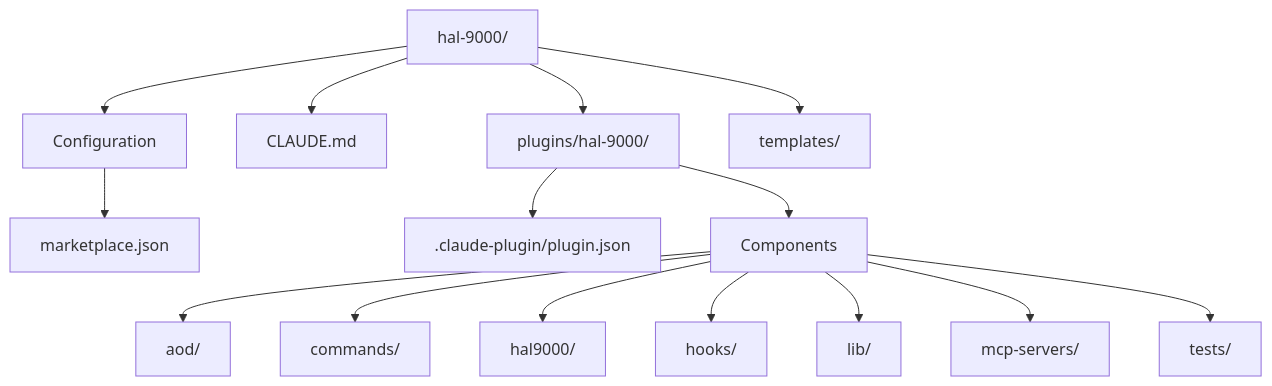
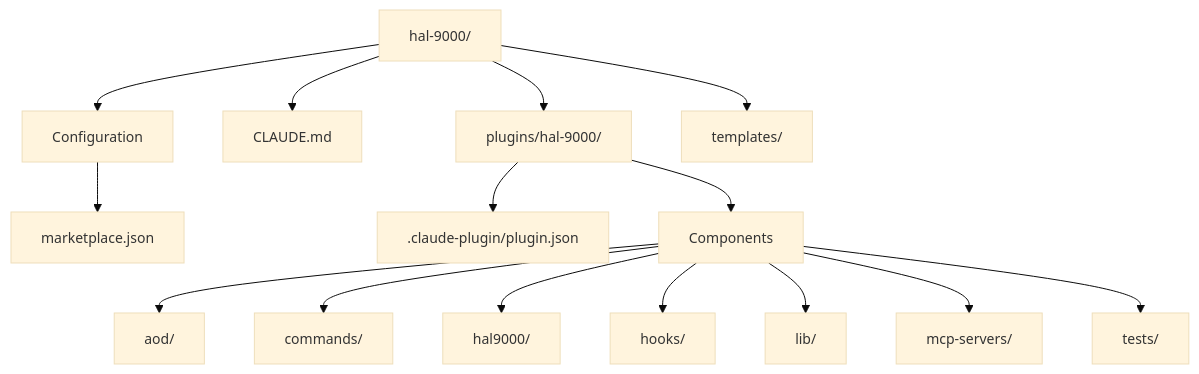
The diagram in CONTRIBUTING.md (Hellblazer/hal-9000), drawn with Mermaid before and after one commit. The commit also changed 3 other files, not shown here.

First line of the commit message:
docs: Disable mermaid diagram UI controls

````diff
--- a/CONTRIBUTING.md
+++ b/CONTRIBUTING.md
@@ -7,40 +7,41 @@
 ```mermaid
+%%{init: {'theme': 'base', 'themeVariables': { 'fontSize': '14px'}, 'logLevel': 'debug'}}%%
 graph TD
     Root["hal-9000/"]
 
     Config["Configuration"]
     Marketplace["marketplace.json"]
     Claude["CLAUDE.md"]
 
     Plugin["plugins/hal-9000/"]
     Meta[".claude-plugin/plugin.json"]
 
     Components["Components"]
     Aod["aod/"]
     Commands["commands/"]
     Hal9000["hal9000/"]
     Hooks["hooks/"]
     Lib["lib/"]
     Mcp["mcp-servers/"]
     Tests["tests/"]
 
     Templates["templates/"]
 
     Root --> Config
     Root --> Plugin
     Root --> Templates
     Root --> Claude
 
     Config --> Marketplace
 
     Plugin --> Meta
     Plugin --> Components
 
     Components --> Aod
     Components --> Commands
     Components --> Hal9000
     Components --> Hooks
     Components --> Lib
     Components --> Mcp
     Components --> Tests
 ```
````
